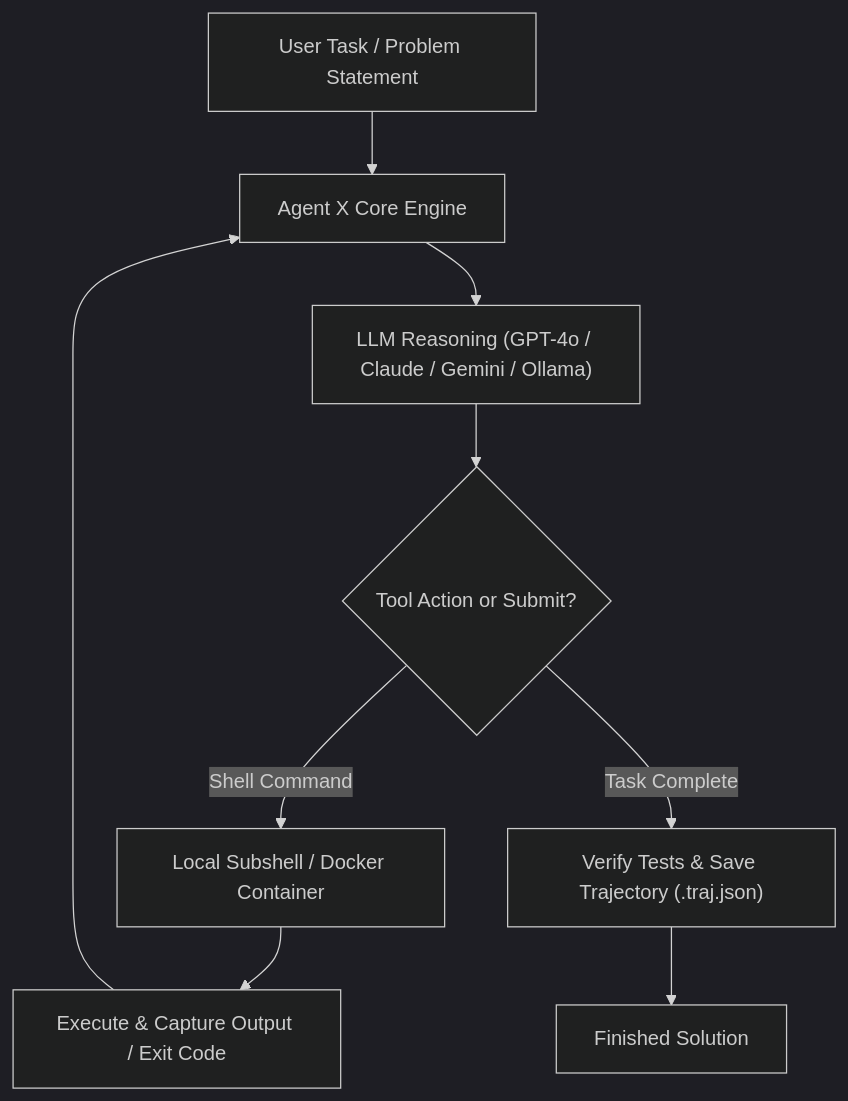
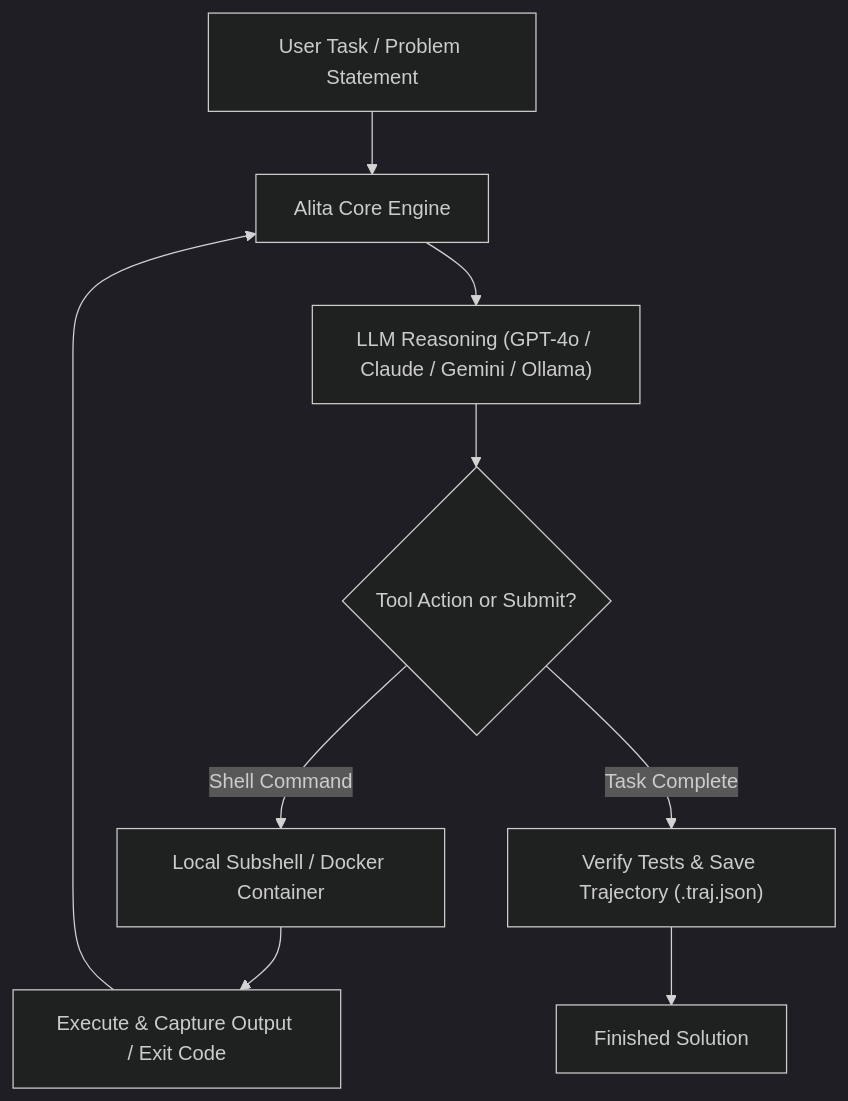
Before and after one commit to Yug-the-pirate-king/Team-Battle-Angels-Agent-X: the diagram in README.md, drawn with Mermaid (dark theme). The commit also changed other lines of this file and 22 other files, not shown here.

Commit message:
Rebrand project to Alita across all documentation, CLI, and engine files

````diff
--- a/README.md
+++ b/README.md
@@ -32,13 +32,13 @@
 ```mermaid
 flowchart TD
-    A["User Task / Problem Statement"] --> B["Agent X Core Engine"]
+    A["User Task / Problem Statement"] --> B["Alita Core Engine"]
     B --> C["LLM Reasoning (GPT-4o / Claude / Gemini / Ollama)"]
     C --> D{"Tool Action or Submit?"}
     
     D -->|"Shell Command"| E["Local Subshell / Docker Container"]
     E --> F["Execute & Capture Output / Exit Code"]
     F --> B
     
     D -->|"Task Complete"| G["Verify Tests & Save Trajectory (.traj.json)"]
     G --> H["Finished Solution"]
 ```
````
